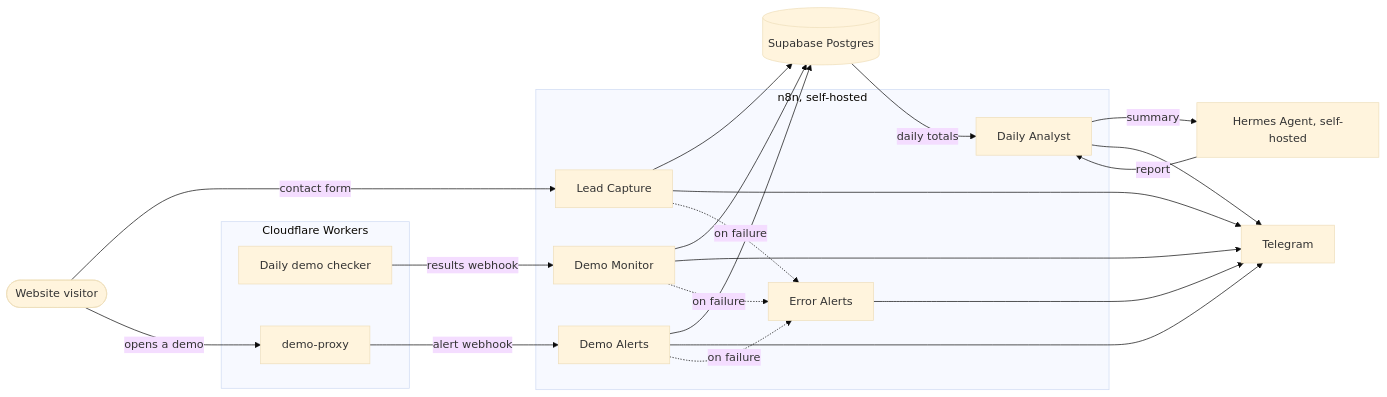
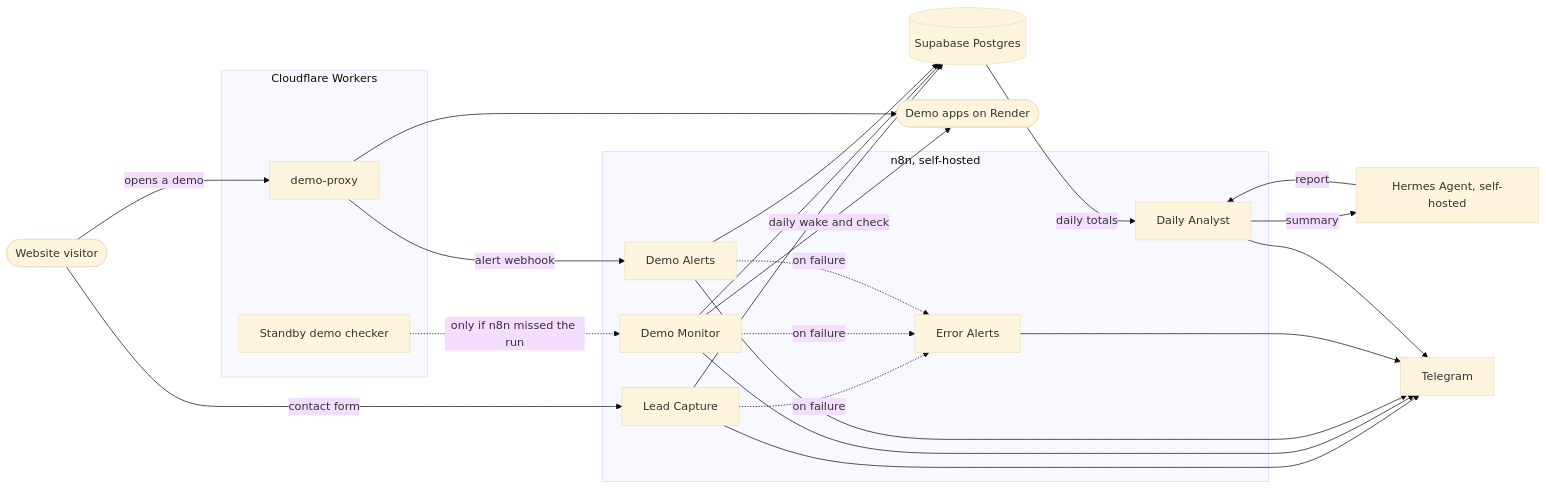
One commit to Naja-crtl/n8n-workflows changed the diagram in README.md. Above: the diagram before and after it, drawn with Mermaid (base theme). The commit also changed other lines of this file and 1 other file, not shown here.

Commit message:
README: n8n runs the demo check, Hermes Telegram bot and Nous Portal fallback

````diff
--- a/README.md
+++ b/README.md
@@ -22,37 +22,40 @@
 ```mermaid
 flowchart LR
     visitor([Website visitor])
     subgraph cf [Cloudflare Workers]
-        checker[Daily demo checker]
+        checker[Standby demo checker]
         proxy[demo-proxy]
     end
     subgraph n8n [n8n, self-hosted]
         lead[Lead Capture]
         monitor[Demo Monitor]
         alerts[Demo Alerts]
         errors[Error Alerts]
         analyst[Daily Analyst]
     end
     hermes[Hermes Agent, self-hosted]
+    demos([Demo apps on Render])
     db[(Supabase Postgres)]
     tg[Telegram]
 
     visitor -- contact form --> lead
     visitor -- opens a demo --> proxy
-    checker -- results webhook --> monitor
+    monitor -- daily wake and check --> demos
+    proxy --> demos
+    checker -. only if n8n missed the run .-> monitor
     proxy -- alert webhook --> alerts
     lead --> db
     monitor --> db
     alerts --> db
     lead --> tg
     monitor --> tg
     alerts --> tg
     lead -. on failure .-> errors
     monitor -. on failure .-> errors
     alerts -. on failure .-> errors
     errors --> tg
     db -- daily totals --> analyst
     analyst -- summary --> hermes
     hermes -- report --> analyst
     analyst --> tg
 ```
````
